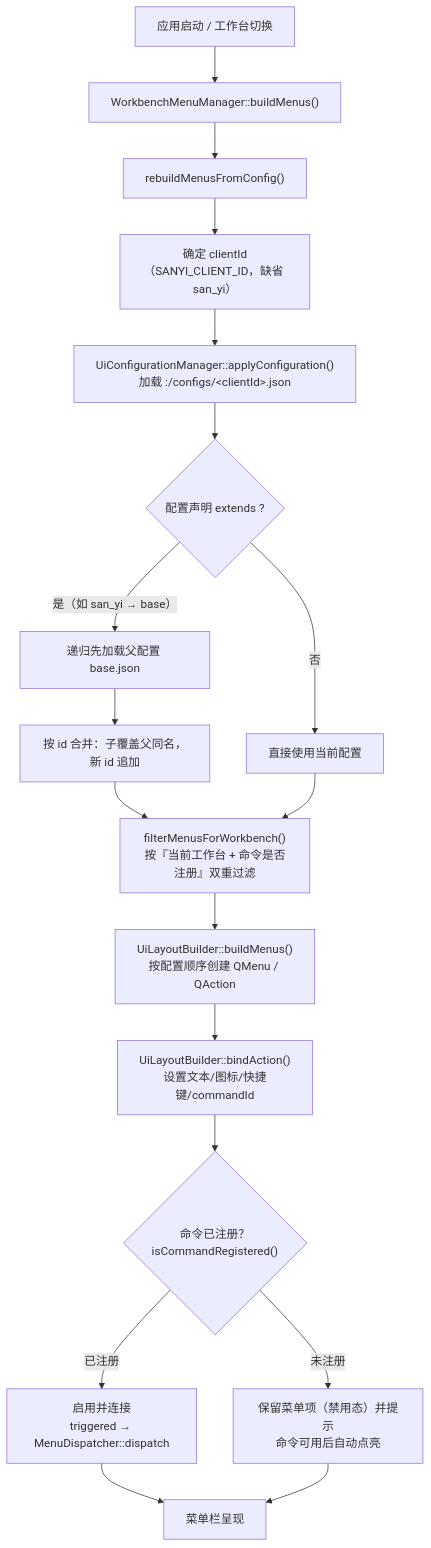
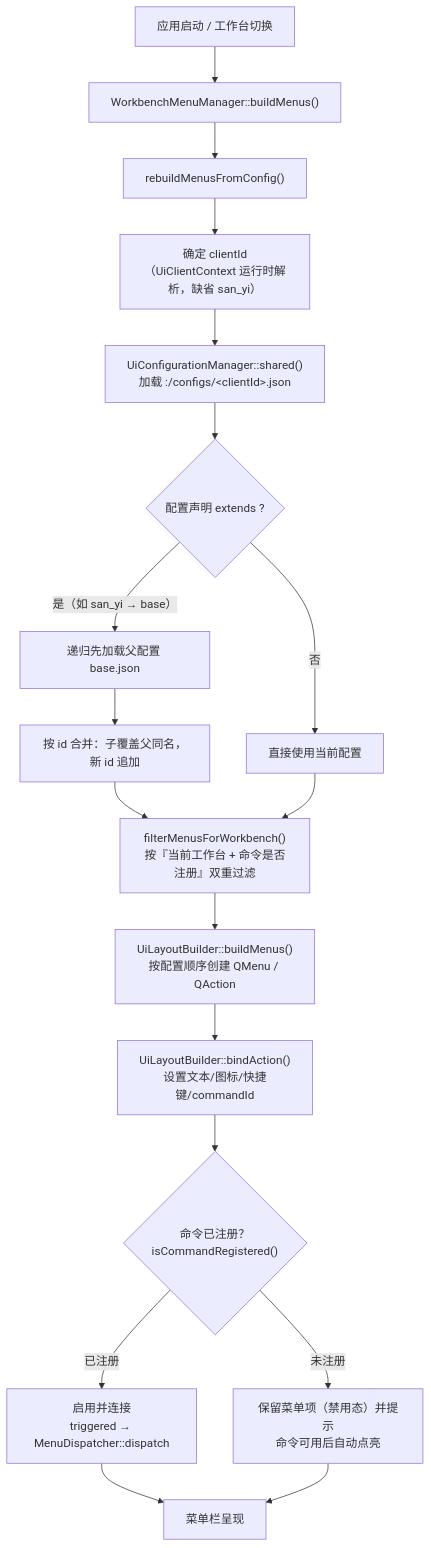
One commit to yulinxx/CAD changed the third of 16 diagrams in Docs/01-当前架构/UI交互流程.md. Above: the diagram before and after it, drawn with Mermaid. The commit also changed other lines of this file and 12 other files, not shown here.

````diff
--- a/Docs/01-当前架构/UI交互流程.md
+++ b/Docs/01-当前架构/UI交互流程.md
@@ -100,20 +105,20 @@
 ```mermaid
 flowchart TD
     Start["应用启动 / 工作台切换"] --> Build["WorkbenchMenuManager::buildMenus()"]
     Build --> Rebuild["rebuildMenusFromConfig()"]
-    Rebuild --> Resolve["确定 clientId<br/>（SANYI_CLIENT_ID，缺省 san_yi）"]
-    Resolve --> Apply["UiConfigurationManager::applyConfiguration()<br/>加载 :/configs/&lt;clientId&gt;.json"]
+    Rebuild --> Resolve["确定 clientId<br/>（UiClientContext 运行时解析，缺省 san_yi）"]
+    Resolve --> Apply["UiConfigurationManager::shared()<br/>加载 :/configs/&lt;clientId&gt;.json"]
     Apply --> Inherit{"配置声明 extends ?"}
     Inherit -- "是（如 san_yi → base）" --> Parent["递归先加载父配置 base.json"]
     Parent --> Merge["按 id 合并：子覆盖父同名，新 id 追加"]
     Inherit -- "否" --> Direct["直接使用当前配置"]
     Merge --> Filter["filterMenusForWorkbench()<br/>按『当前工作台 + 命令是否注册』双重过滤"]
     Direct --> Filter
     Filter --> Layout["UiLayoutBuilder::buildMenus()<br/>按配置顺序创建 QMenu / QAction"]
     Layout --> Bind["UiLayoutBuilder::bindAction()<br/>设置文本/图标/快捷键/commandId"]
     Bind --> Check{"命令已注册？<br/>isCommandRegistered()"}
     Check -- "已注册" --> Enable["启用并连接<br/>triggered → MenuDispatcher::dispatch"]
     Check -- "未注册" --> Disable["保留菜单项（禁用态）并提示<br/>命令可用后自动点亮"]
     Enable --> Done["菜单栏呈现"]
     Disable --> Done
 ```
````
